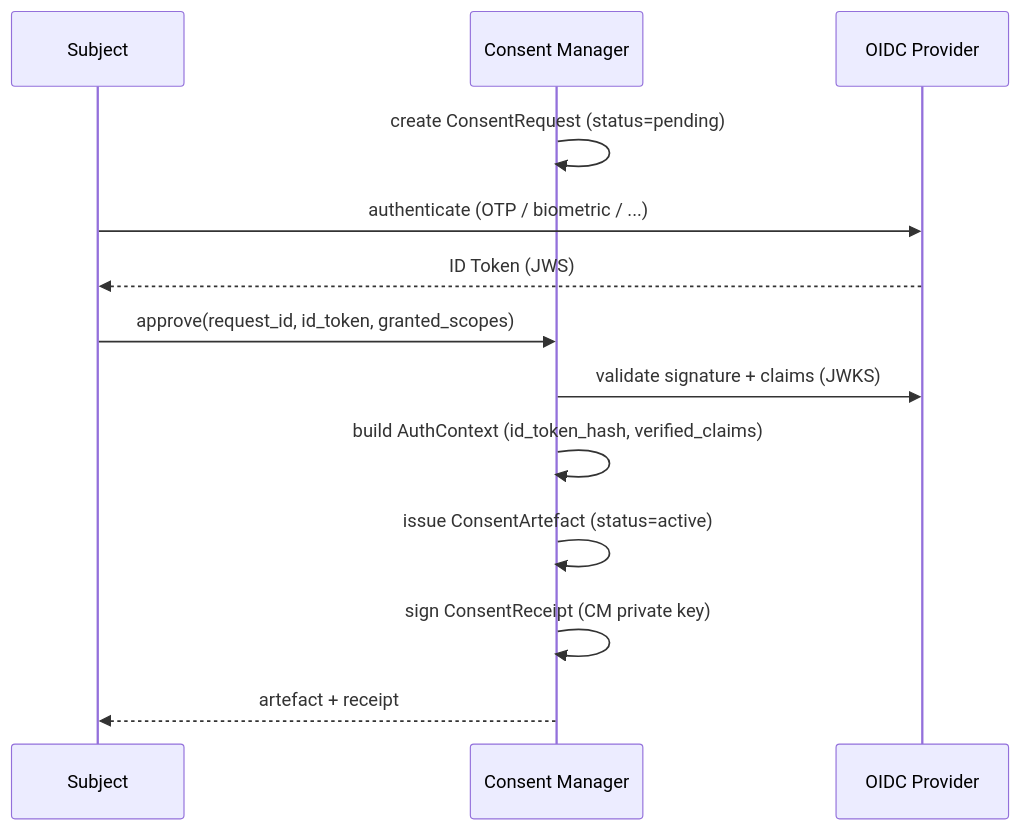
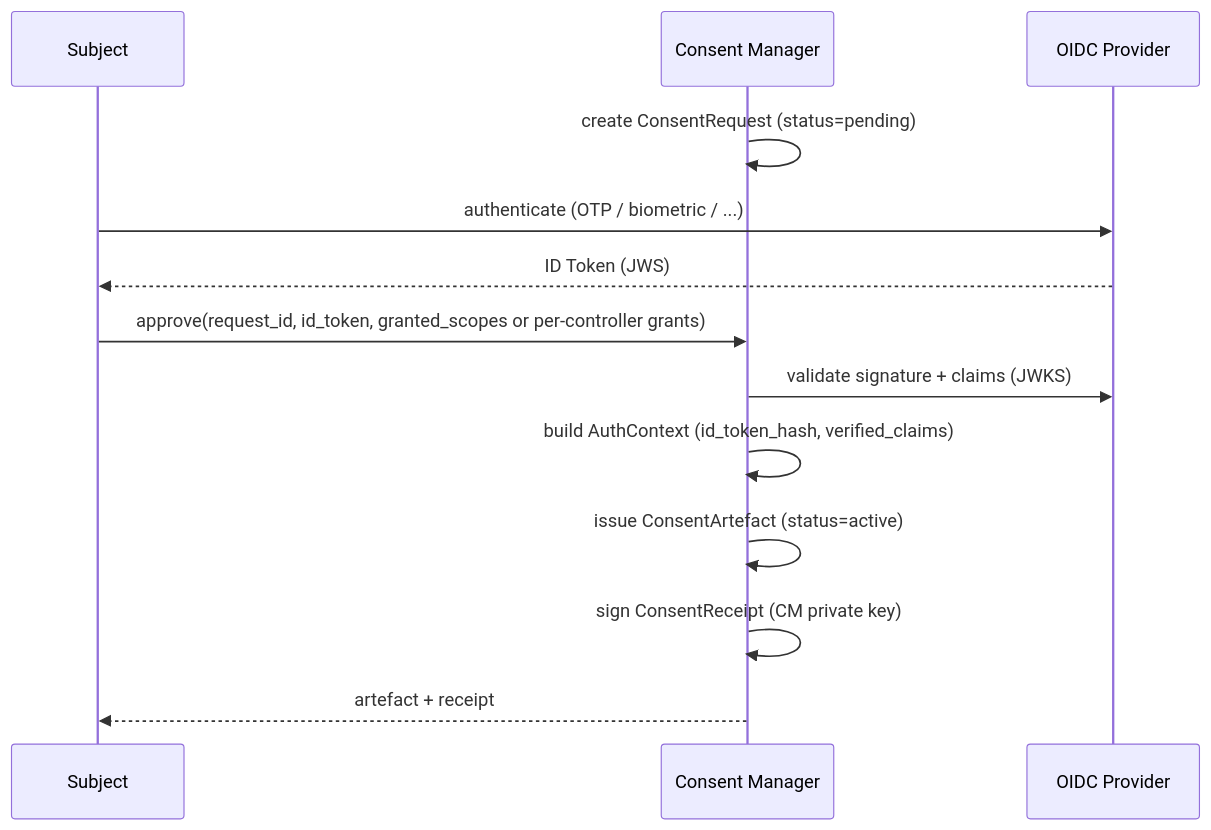
The third of 4 diagrams in consent-management/design/architecture.md (OpenG2P/openg2p-documentation), drawn with Mermaid before and after one commit. The commit also changed other lines of this file and 19 other files, not shown here.

Commit message:
G2P-5719 Consent docs: one consent with a grant per registry, data_controller on /validate, per-controller bindings, registry subject enforcement; consentDataController chart value; enforcement switches default on

````diff
--- a/consent-management/design/architecture.md
+++ b/consent-management/design/architecture.md
@@ -131,16 +133,16 @@
 ```mermaid
 sequenceDiagram
   participant Sub as Subject
   participant CM as Consent Manager
   participant IdP as OIDC Provider
 
   CM->>CM: create ConsentRequest (status=pending)
   Sub->>IdP: authenticate (OTP / biometric / ...)
   IdP-->>Sub: ID Token (JWS)
-  Sub->>CM: approve(request_id, id_token, granted_scopes)
+  Sub->>CM: approve(request_id, id_token, granted_scopes or per-controller grants)
   CM->>IdP: validate signature + claims (JWKS)
   CM->>CM: build AuthContext (id_token_hash, verified_claims)
   CM->>CM: issue ConsentArtefact (status=active)
   CM->>CM: sign ConsentReceipt (CM private key)
   CM-->>Sub: artefact + receipt
 ```
````
